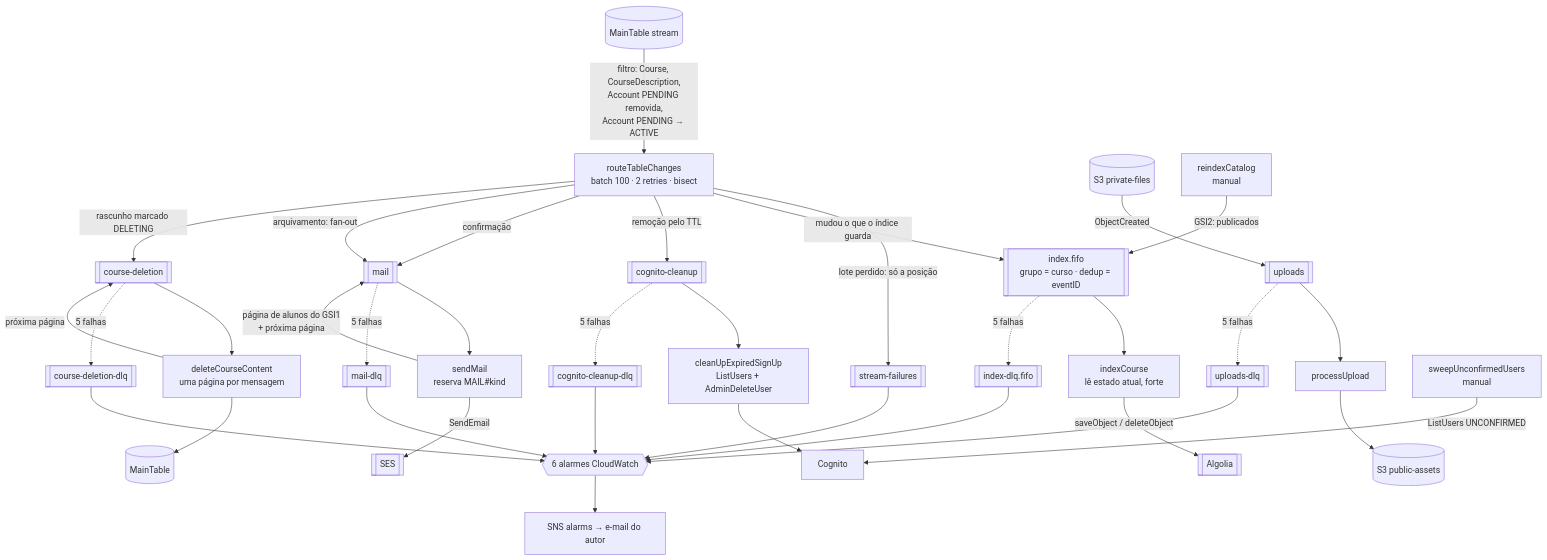
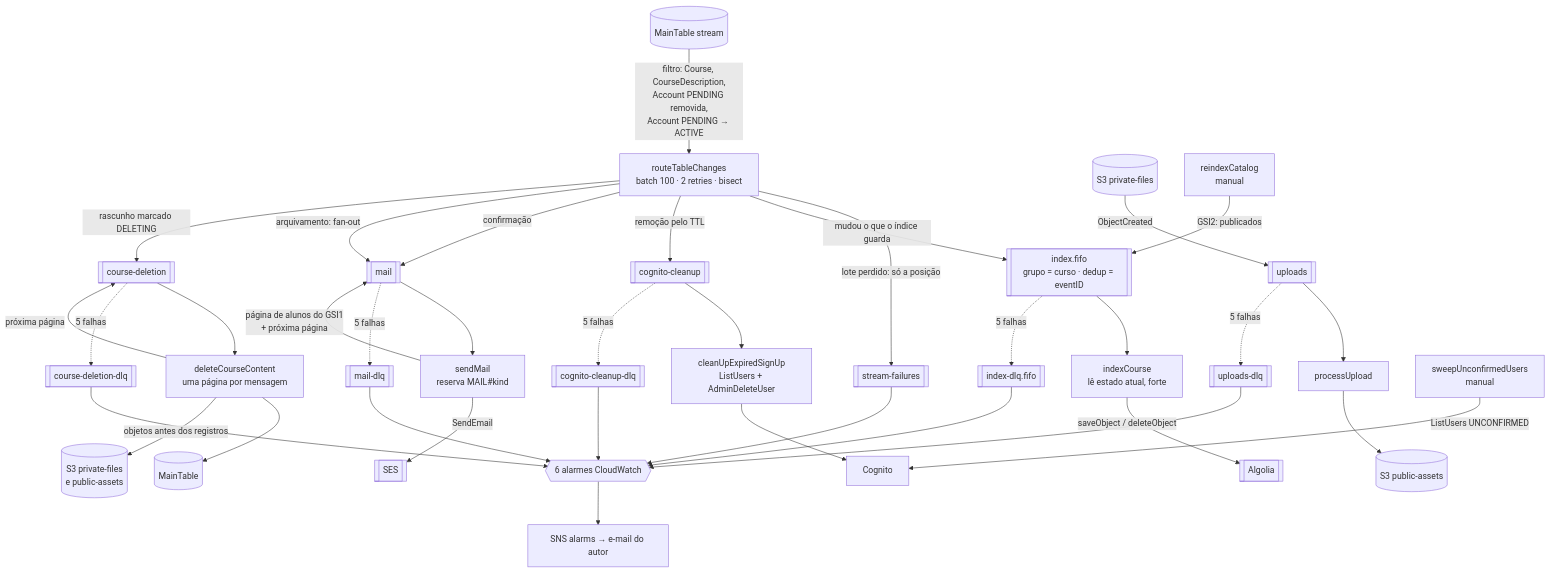
The second of 3 diagrams in docs/system-design.md (joaosoarees/coursary-api), drawn with Mermaid before and after one commit. The commit also changed other lines of this file, not shown here.

````diff
--- a/docs/system-design.md
+++ b/docs/system-design.md
@@ -58,25 +58,26 @@
 ```mermaid
 flowchart TB
   ddb[(MainTable stream)] -->|filtro: Course, CourseDescription,<br/>Account PENDING removida,<br/>Account PENDING → ACTIVE| router[routeTableChanges<br/>batch 100 · 2 retries · bisect]
   router -->|lote perdido: só a posição| fail[[stream-failures]]
   router -->|mudou o que o índice guarda| idx[[index.fifo<br/>grupo = curso · dedup = eventID]]
   router -->|remoção pelo TTL| cln[[cognito-cleanup]]
   router -->|confirmação| mail[[mail]]
   router -->|arquivamento: fan-out| mail
   router -->|rascunho marcado DELETING| del[[course-deletion]]
   del --> deleteContent[deleteCourseContent<br/>uma página por mensagem] --> ddb2[(MainTable)]
+  deleteContent -->|objetos antes dos registros| s3both[(S3 private-files<br/>e public-assets)]
   deleteContent -->|próxima página| del
   sendMail -->|página de alunos do GSI1<br/>+ próxima página| mail
   idx --> indexCourse[indexCourse<br/>lê estado atual, forte] -->|saveObject / deleteObject| algolia[[Algolia]]
   cln --> cleanUp[cleanUpExpiredSignUp<br/>ListUsers + AdminDeleteUser] --> cognito[Cognito]
   mail --> sendMail[sendMail<br/>reserva MAIL#kind] -->|SendEmail| ses[[SES]]
   idx -.->|5 falhas| idxDlq[[index-dlq.fifo]]
   cln -.->|5 falhas| clnDlq[[cognito-cleanup-dlq]]
   mail -.->|5 falhas| mailDlq[[mail-dlq]]
   del -.->|5 falhas| delDlq[[course-deletion-dlq]]
   s3[(S3 private-files)] -->|ObjectCreated| up[[uploads]] --> processUpload[processUpload] --> pub[(S3 public-assets)]
   up -.->|5 falhas| upDlq[[uploads-dlq]]
   fail & idxDlq & clnDlq & mailDlq & delDlq & upDlq --> alarms{{6 alarmes CloudWatch}} --> sns[SNS alarms → e-mail do autor]
   reindex[reindexCatalog<br/>manual] -->|GSI2: publicados| idx
   sweep[sweepUnconfirmedUsers<br/>manual] -->|ListUsers UNCONFIRMED| cognito
 ```
````
